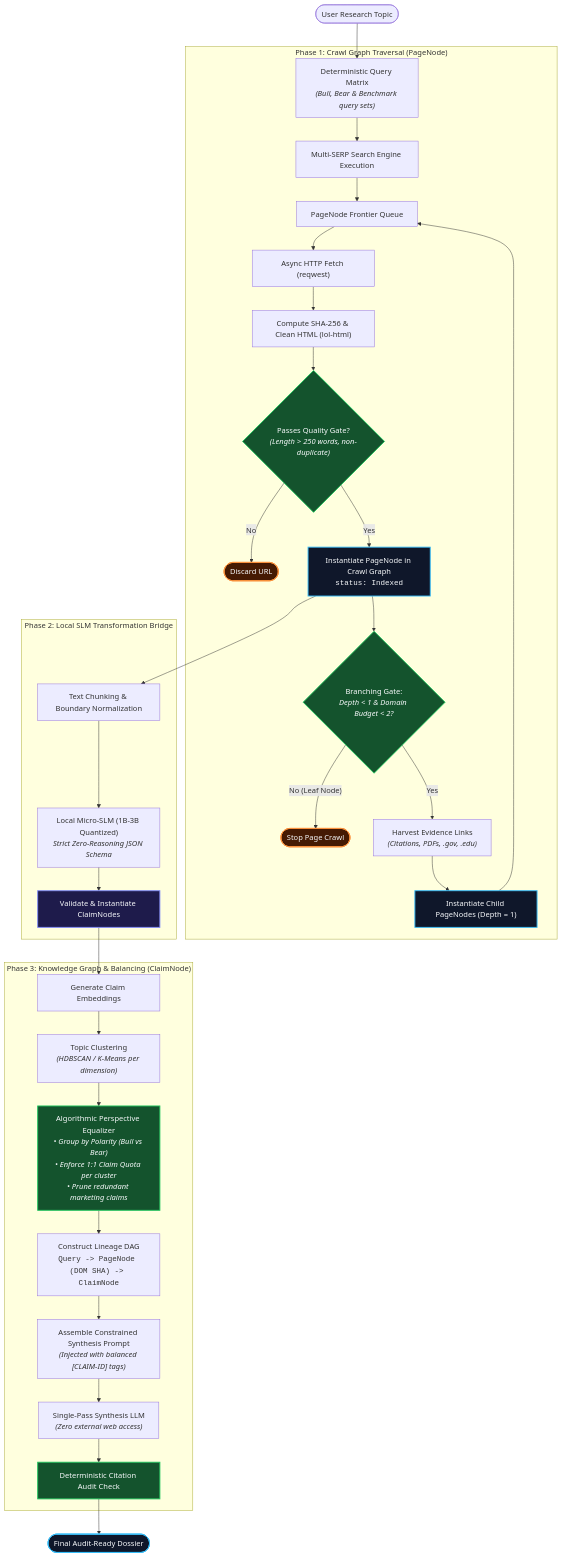
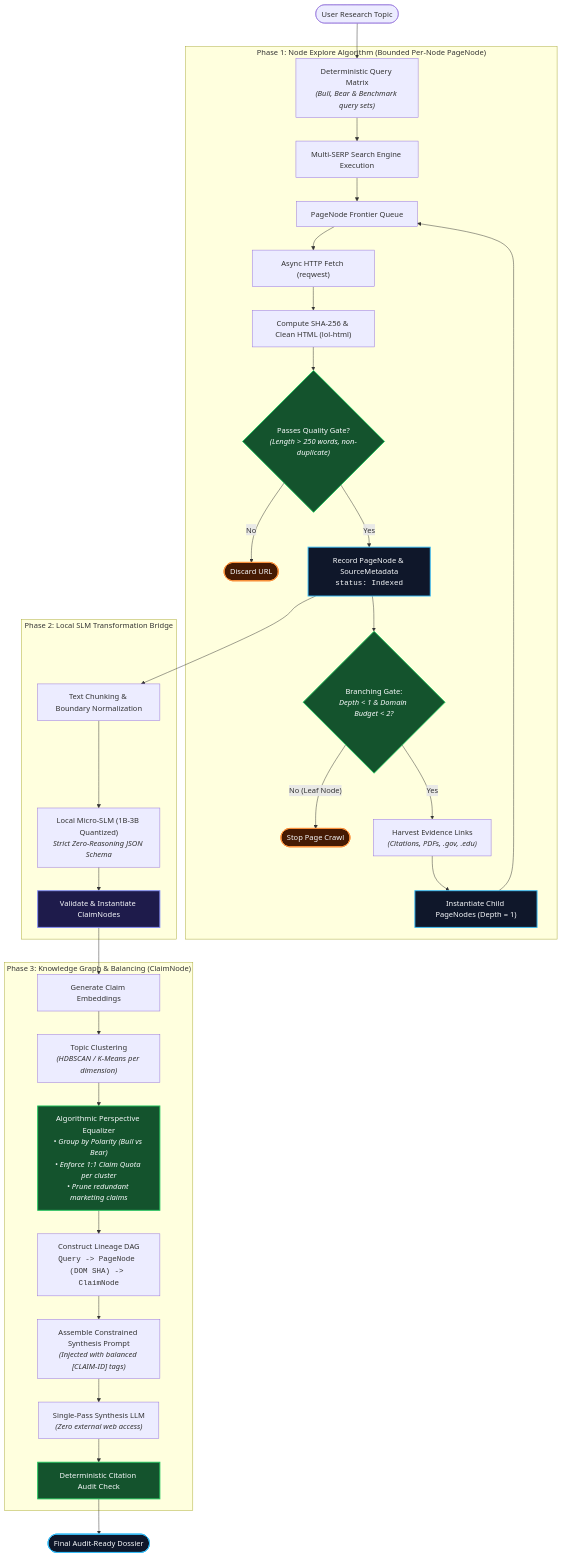
One commit to icedid/DumbDeepResearch changed the second of 2 diagrams in Docs/EngineArchitecture.md. Above: the diagram before and after it, drawn with Mermaid. The commit also changed other lines of this file and 32 other files, not shown here.

````diff
--- a/Docs/EngineArchitecture.md
+++ b/Docs/EngineArchitecture.md
@@ -186,53 +190,53 @@
 ```mermaid
 flowchart TD
     classDef pageNode fill:#0f172a,stroke:#38bdf8,stroke-width:2px,color:#f8fafc;
     classDef claimNode fill:#1e1b4b,stroke:#818cf8,stroke-width:2px,color:#f8fafc;
     classDef gate fill:#14532d,stroke:#22c55e,stroke-width:2px,color:#f8fafc;
     classDef stop fill:#451a03,stroke:#fb923c,stroke-width:2px,color:#f8fafc;
 
     UserQuery(["User Research Topic"]) --> QueryExp["Deterministic Query Matrix<br/><i>(Bull, Bear & Benchmark query sets)</i>"]
     
-    %% PHASE 1: CRAWL GRAPH EXECUTION
-    subgraph PhaseCrawl ["Phase 1: Crawl Graph Traversal (PageNode)"]
+    %% PHASE 1: NODE EXPLORE ALGORITHM EXECUTION
+    subgraph PhaseCrawl ["Phase 1: Node Explore Algorithm (Bounded Per-Node PageNode)"]
         QueryExp --> SERP["Multi-SERP Search Engine Execution"]
         SERP --> Queue["PageNode Frontier Queue"]
         
         Queue --> Fetch["Async HTTP Fetch (reqwest)"]
         Fetch --> DomHash["Compute SHA-256 & Clean HTML (lol-html)"]
         
         DomHash --> QualityGate{"Passes Quality Gate?<br/><i>(Length > 250 words, non-duplicate)</i>"}:::gate
         
         QualityGate -- "No" --> DropPage(["Discard URL"]):::stop
-        QualityGate -- "Yes" --> RegisterPage["Instantiate PageNode in Crawl Graph<br/><code>status: Indexed</code>"]:::pageNode
+        QualityGate -- "Yes" --> RegisterPage["Record PageNode & SourceMetadata<br/><code>status: Indexed</code>"]:::pageNode
         
         RegisterPage --> BranchGate{"Branching Gate:<br/><i>Depth < 1 & Domain Budget < 2?</i>"}:::gate
         
         BranchGate -- "No (Leaf Node)" --> FinalizePage(["Stop Page Crawl"]):::stop
         BranchGate -- "Yes" --> HarvestLinks["Harvest Evidence Links<br/><i>(Citations, PDFs, .gov, .edu)</i>"]
         HarvestLinks --> EnqueueChildren["Instantiate Child PageNodes (Depth = 1)"]:::pageNode
         EnqueueChildren --> Queue
     end
 
     %% PHASE 2: EXTRACTION BRIDGE
     subgraph PhaseBridge ["Phase 2: Local SLM Transformation Bridge"]
         RegisterPage --> Chunking["Text Chunking & Boundary Normalization"]
         Chunking --> SLM["Local Micro-SLM (1B-3B Quantized)<br/><i>Strict Zero-Reasoning JSON Schema</i>"]
         SLM --> SchemaValidation["Validate & Instantiate ClaimNodes"]:::claimNode
     end
 
     %% PHASE 3: KNOWLEDGE GRAPH BALANCING & SYNTHESIS
     subgraph PhaseKnowledge ["Phase 3: Knowledge Graph & Balancing (ClaimNode)"]
         SchemaValidation --> Embed["Generate Claim Embeddings"]
         Embed --> Cluster["Topic Clustering<br/><i>(HDBSCAN / K-Means per dimension)</i>"]
         
         Cluster --> Equalizer["Algorithmic Perspective Equalizer<br/><i>• Group by Polarity (Bull vs Bear)<br/>• Enforce 1:1 Claim Quota per cluster<br/>• Prune redundant marketing claims</i>"]:::gate
         
         Equalizer --> AuditLineage["Construct Lineage DAG<br/><code>Query -> PageNode (DOM SHA) -> ClaimNode</code>"]
         
         AuditLineage --> PromptAssembly["Assemble Constrained Synthesis Prompt<br/><i>(Injected with balanced [CLAIM-ID] tags)</i>"]
         PromptAssembly --> FinalLLM["Single-Pass Synthesis LLM<br/><i>(Zero external web access)</i>"]
         FinalLLM --> Verify["Deterministic Citation Audit Check"]:::gate
     end
 
     Verify --> Dossier(["Final Audit-Ready Dossier"]):::pageNode
 ```
````
